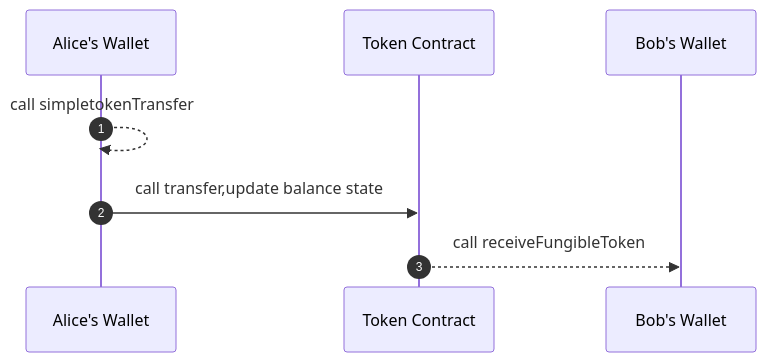
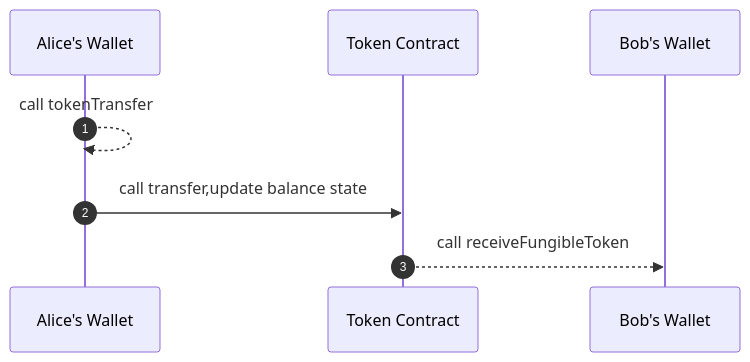
The second of 4 diagrams in ERCS/erc-7204.md (ethereum/ERCs), drawn with Mermaid before and after one commit. The commit also changed other lines of this file, not shown here.

````diff
--- a/ERCS/erc-7204.md
+++ b/ERCS/erc-7204.md
@@ -159,8 +159,8 @@
 ```mermaid
 sequenceDiagram
     autonumber
-    Alice's Wallet-->>Alice's Wallet: call simpletokenTransfer
+    Alice's Wallet-->>Alice's Wallet: call tokenTransfer
 		Alice's Wallet->>Token Contract: call transfer,update balance state
 		Token Contract-->>Bob's Wallet : call receiveFungibleToken
 
 ```
````
